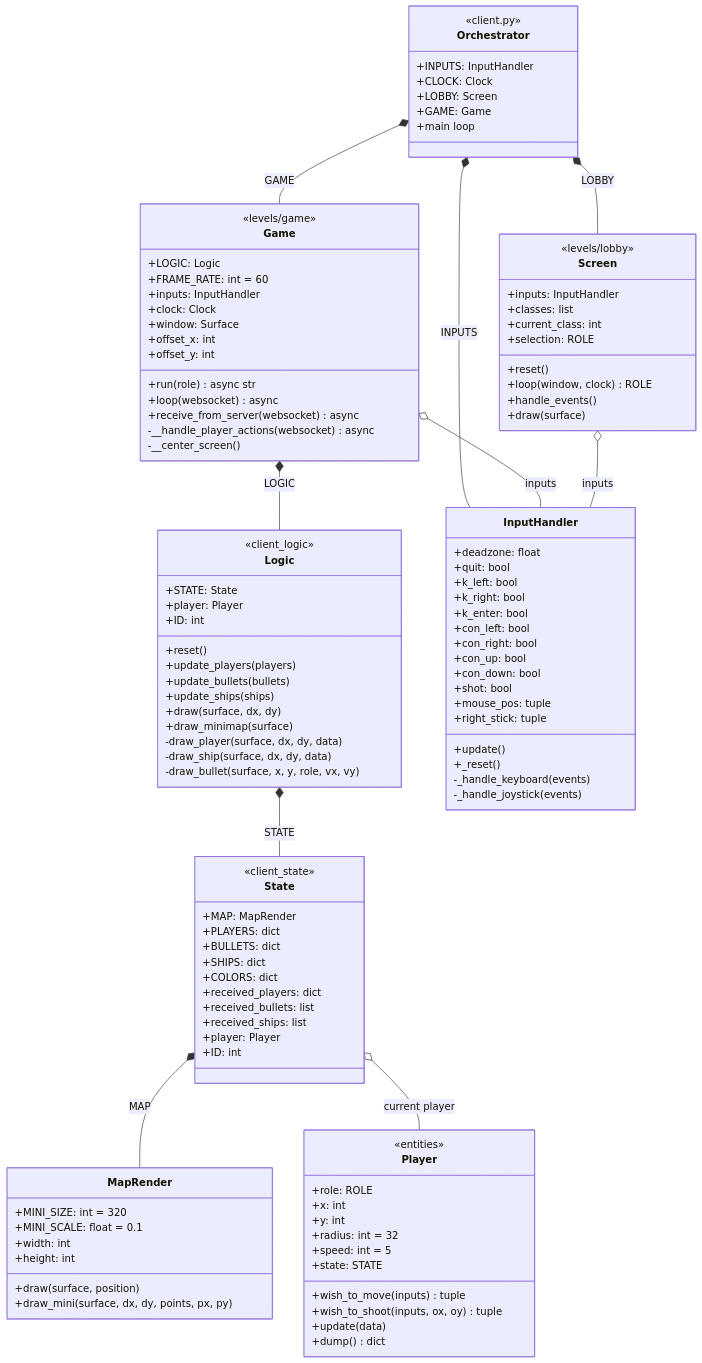
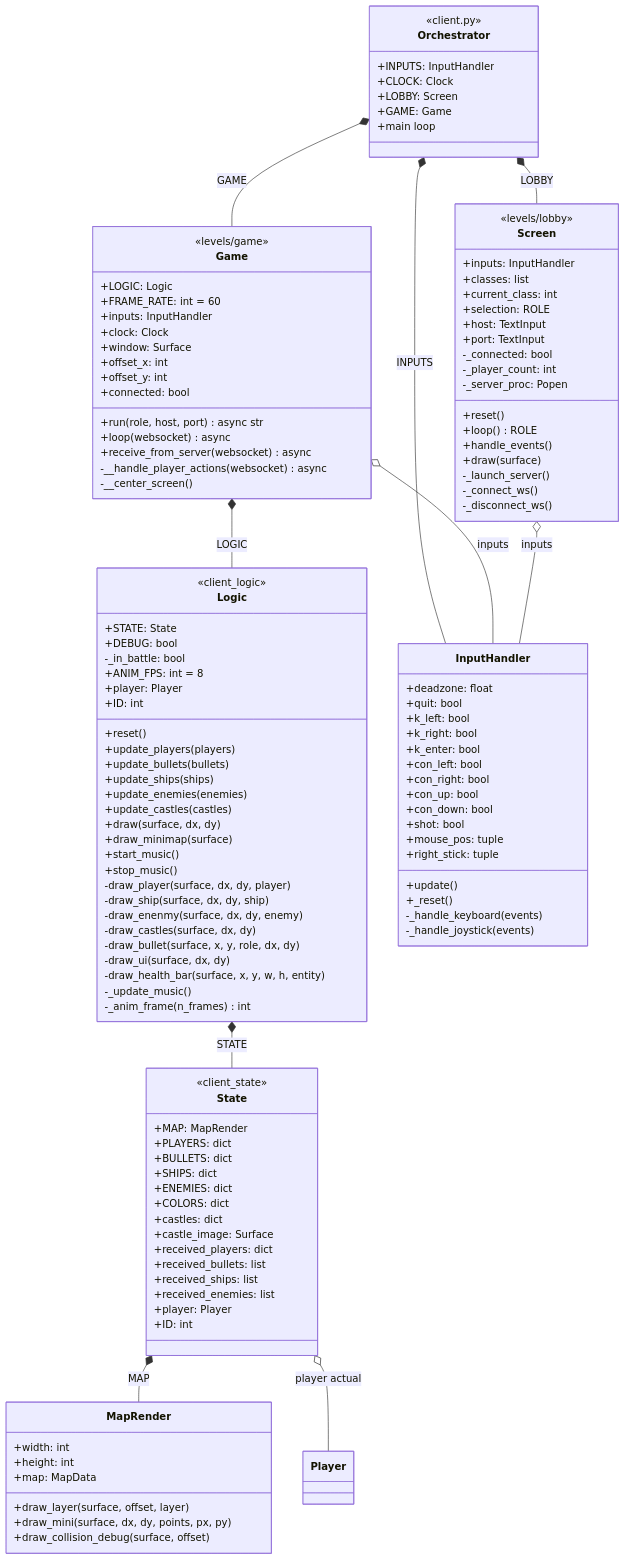
Before and after one commit to Aouei/pygame_multi: the third of 5 diagrams in docs/diagramas/clases.md, drawn with Mermaid. The commit also changed other lines of this file and 35 other files, not shown here.

Commit message:
ADD preparing for host server in Render

````diff
--- a/docs/diagramas/clases.md
+++ b/docs/diagramas/clases.md
@@ -191,10 +255,18 @@
         +classes: list
         +current_class: int
         +selection: ROLE
+        +host: TextInput
+        +port: TextInput
+        -_connected: bool
+        -_player_count: int
+        -_server_proc: Popen
         +reset()
-        +loop(window, clock) ROLE
+        +loop() ROLE
         +handle_events()
         +draw(surface)
+        -_launch_server()
+        -_connect_ws()
+        -_disconnect_ws()
     }
 
     class Game {
@@ -206,7 +278,8 @@
         +window: Surface
         +offset_x: int
         +offset_y: int
-        +run(role) async str
+        +connected: bool
+        +run(role, host, port) async str
         +loop(websocket) async
         +receive_from_server(websocket) async
         -__handle_player_actions(websocket) async
@@ -216,17 +289,30 @@
     class Logic {
         <<client_logic>>
         +STATE: State
+        +DEBUG: bool
+        -_in_battle: bool
+        +ANIM_FPS: int = 8
         +player: Player
         +ID: int
         +reset()
         +update_players(players)
         +update_bullets(bullets)
         +update_ships(ships)
+        +update_enemies(enemies)
+        +update_castles(castles)
         +draw(surface, dx, dy)
         +draw_minimap(surface)
-        -draw_player(surface, dx, dy, data)
-        -draw_ship(surface, dx, dy, data)
-        -draw_bullet(surface, x, y, role, vx, vy)
+        +start_music()
+        +stop_music()
+        -draw_player(surface, dx, dy, player)
+        -draw_ship(surface, dx, dy, ship)
+        -draw_enenmy(surface, dx, dy, enemy)
+        -draw_castles(surface, dx, dy)
+        -draw_bullet(surface, x, y, role, dx, dy)
+        -draw_ui(surface, dx, dy)
+        -draw_health_bar(surface, x, y, w, h, entity)
+        -_update_music()
+        -_anim_frame(n_frames) int
     }
 
     class State {
@@ -235,21 +321,25 @@
         +PLAYERS: dict
         +BULLETS: dict
         +SHIPS: dict
+        +ENEMIES: dict
         +COLORS: dict
+        +castles: dict
+        +castle_image: Surface
         +received_players: dict
         +received_bullets: list
         +received_ships: list
+        +received_enemies: list
         +player: Player
         +ID: int
     }
 
     class MapRender {
-        +MINI_SIZE: int = 320
-        +MINI_SCALE: float = 0.1
         +width: int
         +height: int
-        +draw(surface, position)
+        +map: MapData
+        +draw_layer(surface, offset, layer)
         +draw_mini(surface, dx, dy, points, px, py)
+        +draw_collision_debug(surface, offset)
     }
 
     class InputHandler {
@@ -271,27 +361,13 @@
         -_handle_joystick(events)
     }
 
-    class Player {
-        <<entities>>
-        +role: ROLE
-        +x: int
-        +y: int
-        +radius: int = 32
-        +speed: int = 5
-        +state: STATE
-        +wish_to_move(inputs) tuple
-        +wish_to_shoot(inputs, ox, oy) tuple
-        +update(data)
-        +dump() dict
-    }
-
     Orchestrator *-- Screen : LOBBY
     Orchestrator *-- Game : GAME
     Orchestrator *-- InputHandler : INPUTS
     Game *-- Logic : LOGIC
     Logic *-- State : STATE
     State *-- MapRender : MAP
-    State o-- Player : current player
+    State o-- Player : player actual
     Game o-- InputHandler : inputs
     Screen o-- InputHandler : inputs
 ```
````
